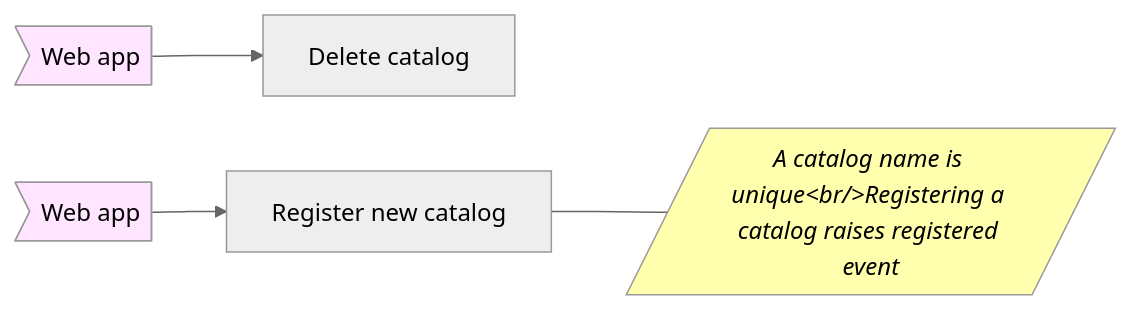
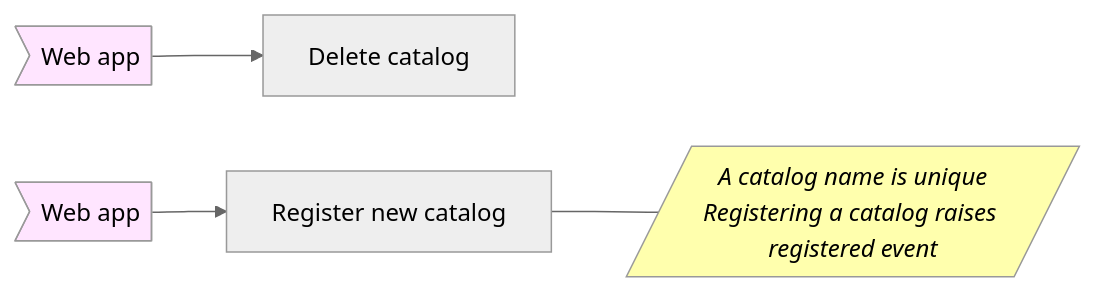
Before and after one commit to pierregillon/BoundedContextCanvasGenerator: the first of 2 diagrams in src/SolutionExample/Example/bounded_context_canvas.md, drawn with Mermaid (neutral theme). The commit also changed 5 other files, not shown here.

Commit message:
fix: do not escape <br/> on mermaid node

````diff
--- a/src/SolutionExample/Example/bounded_context_canvas.md
+++ b/src/SolutionExample/Example/bounded_context_canvas.md
@@ -31,16 +31,16 @@
 ```mermaid
 flowchart LR
     classDef collaborators fill:#FFE5FF;
     classDef policies fill:#FFFFAD, font-style:italic;
     CatalogApplicationCatalogDeleteCatalogCommand["Delete catalog"]
     CatalogApplicationCatalogDeleteCatalogCommandWebAppCollaborator>"Web app"]
     class CatalogApplicationCatalogDeleteCatalogCommandWebAppCollaborator collaborators;
     CatalogApplicationCatalogRegisterNewCatalogCommand["Register new catalog"]
     CatalogApplicationCatalogRegisterNewCatalogCommandWebAppCollaborator>"Web app"]
     class CatalogApplicationCatalogRegisterNewCatalogCommandWebAppCollaborator collaborators;
-    CatalogApplicationCatalogRegisterNewCatalogCommandPolicies[/"A catalog name is unique&lt;br/&gt;Registering a catalog raises registered event"/]
+    CatalogApplicationCatalogRegisterNewCatalogCommandPolicies[/"A catalog name is unique<br/>Registering a catalog raises registered event"/]
     class CatalogApplicationCatalogRegisterNewCatalogCommandPolicies policies;
     CatalogApplicationCatalogDeleteCatalogCommandWebAppCollaborator --> CatalogApplicationCatalogDeleteCatalogCommand
     CatalogApplicationCatalogRegisterNewCatalogCommandWebAppCollaborator --> CatalogApplicationCatalogRegisterNewCatalogCommand
     CatalogApplicationCatalogRegisterNewCatalogCommand --- CatalogApplicationCatalogRegisterNewCatalogCommandPolicies
 ```
````
